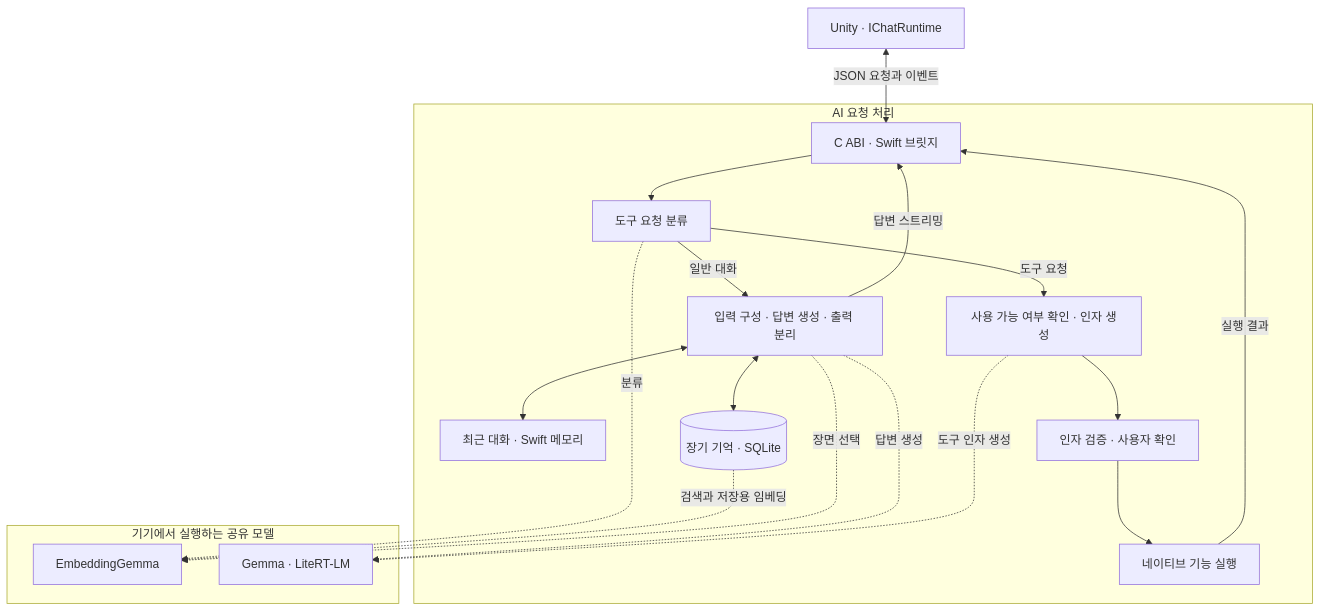
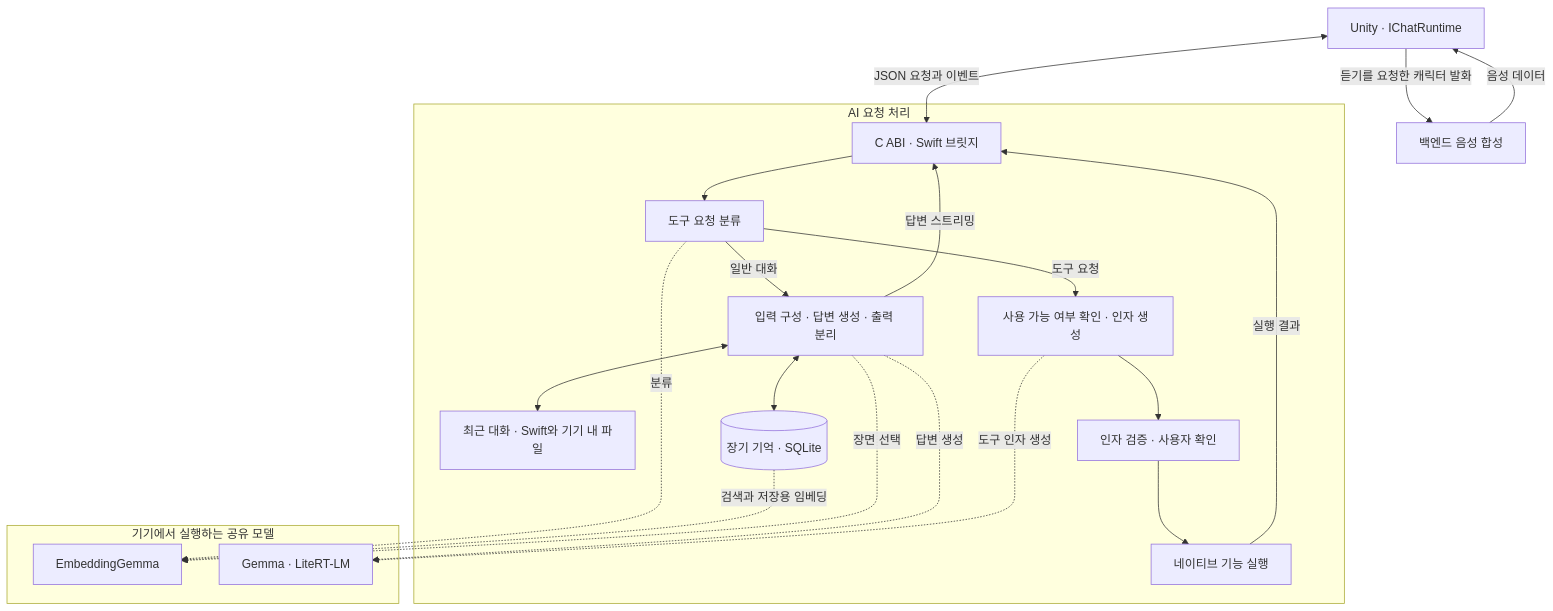
Before and after one commit to pysunn14/docs-beolmuri-ai: the first of 2 diagrams in src/content/docs/architecture/Architecture.md, drawn with Mermaid. The commit also changed other lines of this file and 7 other files, not shown here.

````diff
--- a/src/content/docs/architecture/Architecture.md
+++ b/src/content/docs/architecture/Architecture.md
@@ -14,27 +16,29 @@
 ```mermaid
 flowchart TB
     U[Unity · IChatRuntime] <-->|JSON 요청과 이벤트| B[C ABI · Swift 브릿지]
 
     subgraph AI[AI 요청 처리]
         B --> R[도구 요청 분류]
         R -->|일반 대화| C[입력 구성 · 답변 생성 · 출력 분리]
         R -->|도구 요청| T[사용 가능 여부 확인 · 인자 생성]
-        C <--> H[최근 대화 · Swift 메모리]
+        C <--> H[최근 대화 · Swift와 기기 내 파일]
         C <--> M[(장기 기억 · SQLite)]
         T --> V[인자 검증 · 사용자 확인]
         V --> N[네이티브 기능 실행]
         C -->|답변 스트리밍| B
         N -->|실행 결과| B
     end
 
     subgraph Models[기기에서 실행하는 공유 모델]
         E[EmbeddingGemma]
         G[Gemma · LiteRT-LM]
     end
 
     R -. 분류 .-> E
     M -. 검색과 저장용 임베딩 .-> E
     C -. 장면 선택 .-> E
     C -. 답변 생성 .-> G
     T -. 도구 인자 생성 .-> G
+    U -->|듣기를 요청한 캐릭터 발화| S[백엔드 음성 합성]
+    S -->|음성 데이터| U
 ```
````
